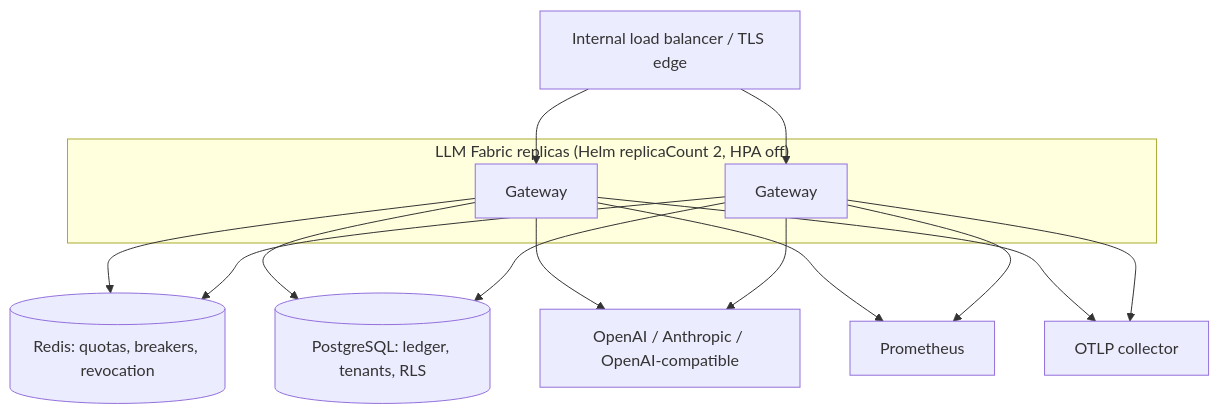
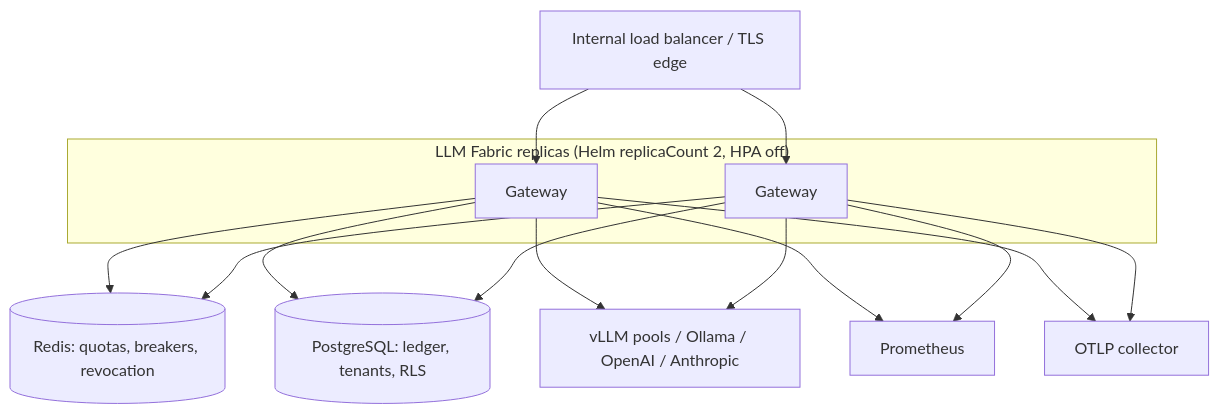
Before and after one commit to officialanubhavbhatia/llm-fabric: the second of 2 diagrams in README.md, drawn with Mermaid. The commit also changed other lines of this file and 96 other files, not shown here.

````diff
--- a/README.md
+++ b/README.md
@@ -920,26 +1220,26 @@
 ```mermaid
 flowchart TB
     LB[Internal load balancer / TLS edge]
     subgraph Fabric["LLM Fabric replicas (Helm replicaCount 2, HPA off)"]
       API1[Gateway]
       API2[Gateway]
     end
     Redis[(Redis: quotas, breakers, revocation)]
     PG[(PostgreSQL: ledger, tenants, RLS)]
     Prom[Prometheus]
     OTel[OTLP collector]
-    Models[OpenAI / Anthropic / OpenAI-compatible]
+    Models[vLLM pools / Ollama / OpenAI / Anthropic]
 
     LB --> API1
     LB --> API2
     API1 --> Redis
     API2 --> Redis
     API1 --> PG
     API2 --> PG
     API1 --> Models
     API2 --> Models
     API1 --> Prom
     API2 --> Prom
     API1 --> OTel
     API2 --> OTel
 ```
````
